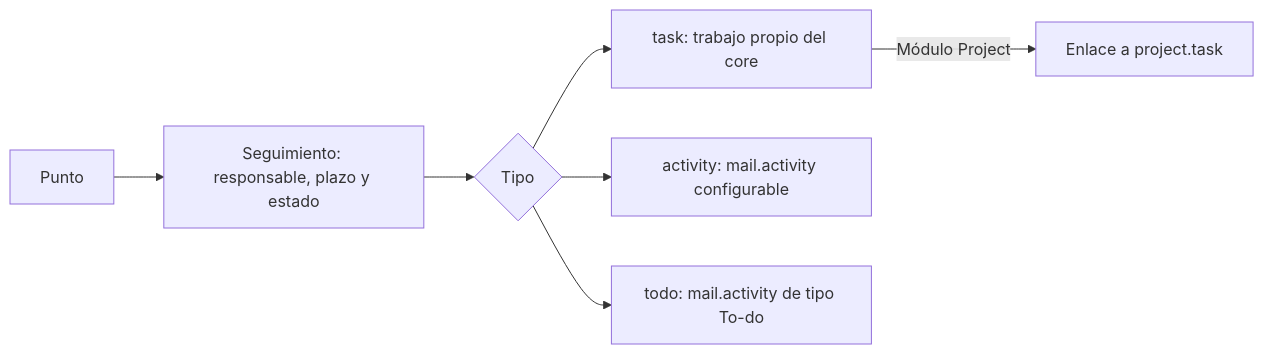
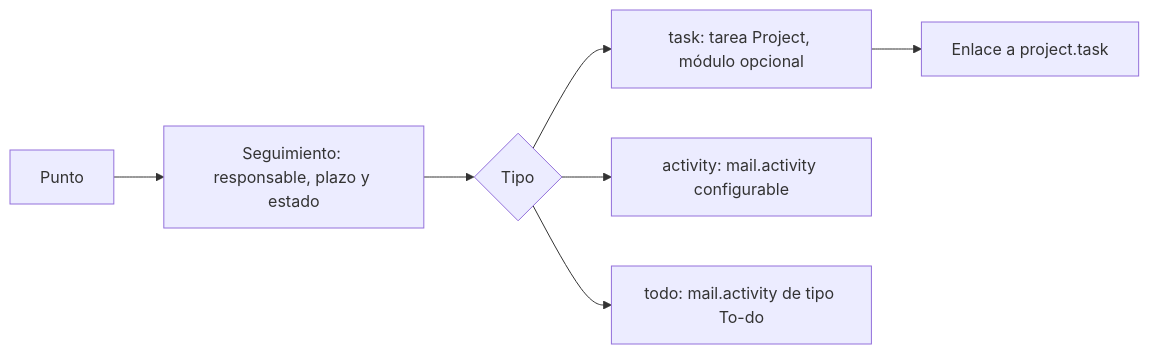
One commit to oyale/odoo-meetings-minutes changed the sixth of 6 diagrams in docs/MODELO_TECNICO.md. Above: the diagram before and after it, drawn with Mermaid. The commit also changed other lines of this file and 36 other files, not shown here.

````diff
--- a/docs/MODELO_TECNICO.md
+++ b/docs/MODELO_TECNICO.md
@@ -144,9 +144,9 @@
 ```mermaid
 flowchart LR
     P[Punto] --> A[Seguimiento: responsable, plazo y estado]
     A --> K{Tipo}
-    K --> T[task: trabajo propio del core]
+    K --> T[task: tarea Project, módulo opcional]
     K --> M[activity: mail.activity configurable]
     K --> O[todo: mail.activity de tipo To-do]
-    T -->|Módulo Project| PT[Enlace a project.task]
+    T --> PT[Enlace a project.task]
 ```
````
